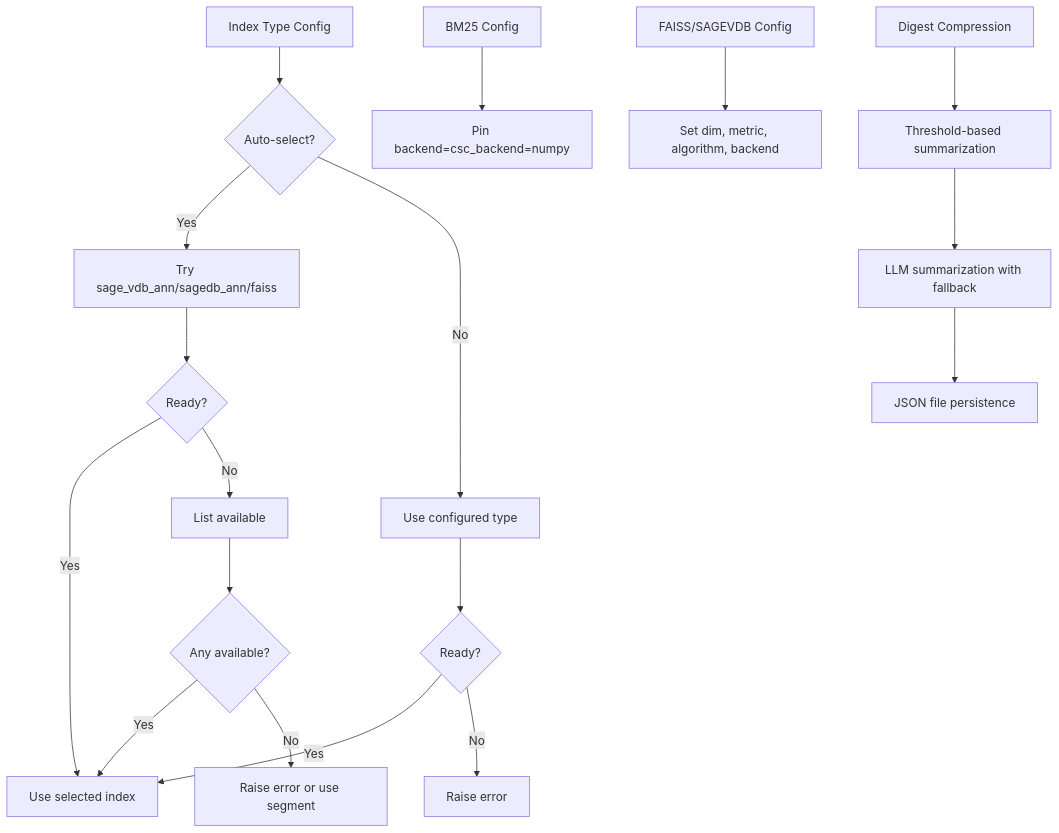
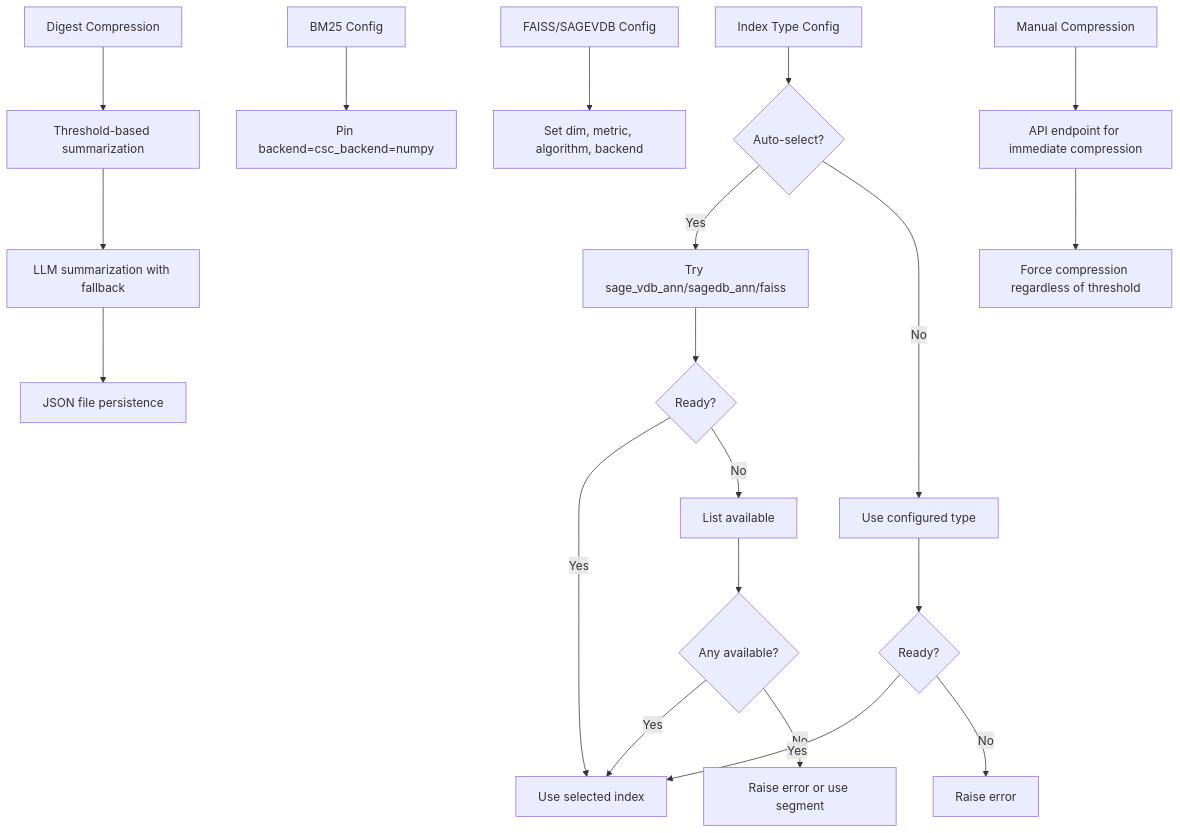
One commit to intellistream/sage-mate changed the seventh of 11 diagrams in .qoder/repowiki/en/content/Memory Systems/Memory Systems.md. Above: the diagram before and after it, drawn with Mermaid. The commit also changed other lines of this file and 115 other files, not shown here.

````diff
--- a/.qoder/repowiki/en/content/Memory Systems/Memory Systems.md
+++ b/.qoder/repowiki/en/content/Memory Systems/Memory Systems.md
@@ -396,20 +403,22 @@
 ```mermaid
 flowchart TD
 A["Index Type Config"] --> B{"Auto-select?"}
 B --> |Yes| C["Try sage_vdb_ann/sagedb_ann/faiss"]
 B --> |No| D["Use configured type"]
 C --> E{"Ready?"}
 E --> |Yes| F["Use selected index"]
 E --> |No| G["List available"]
 G --> H{"Any available?"}
 H --> |Yes| F
 H --> |No| I["Raise error or use segment"]
 D --> J{"Ready?"}
 J --> |Yes| F
 J --> |No| K["Raise error"]
 L["BM25 Config"] --> M["Pin backend=csc_backend=numpy"]
 N["FAISS/SAGEVDB Config"] --> O["Set dim, metric, algorithm, backend"]
 P["Digest Compression"] --> Q["Threshold-based summarization"]
 Q --> R["LLM summarization with fallback"]
 R --> S["JSON file persistence"]
+T["Manual Compression"] --> U["API endpoint for immediate compression"]
+U --> V["Force compression regardless of threshold"]
 ```
````
